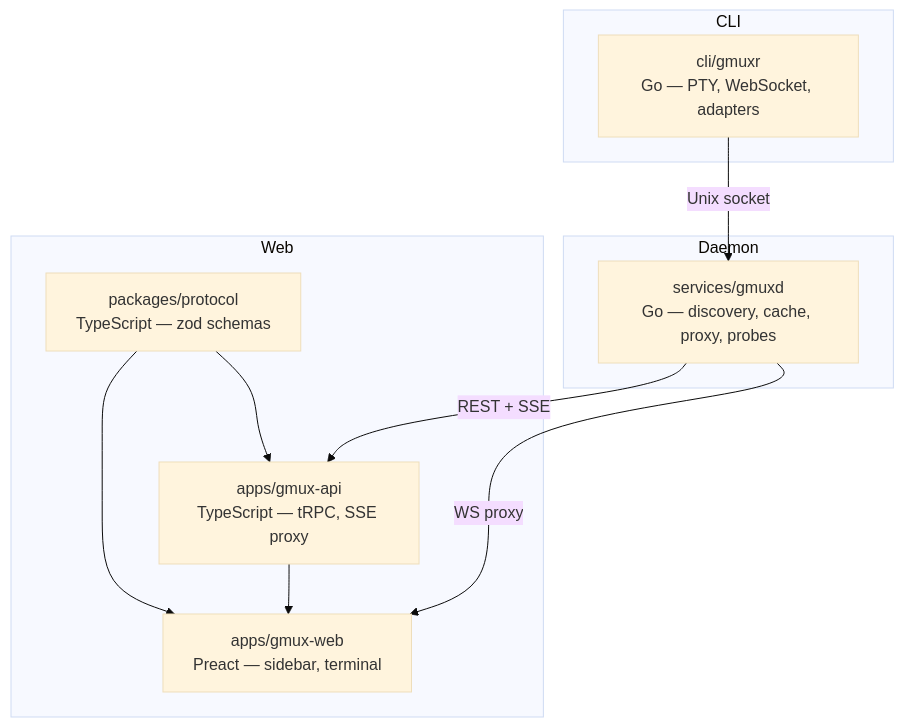
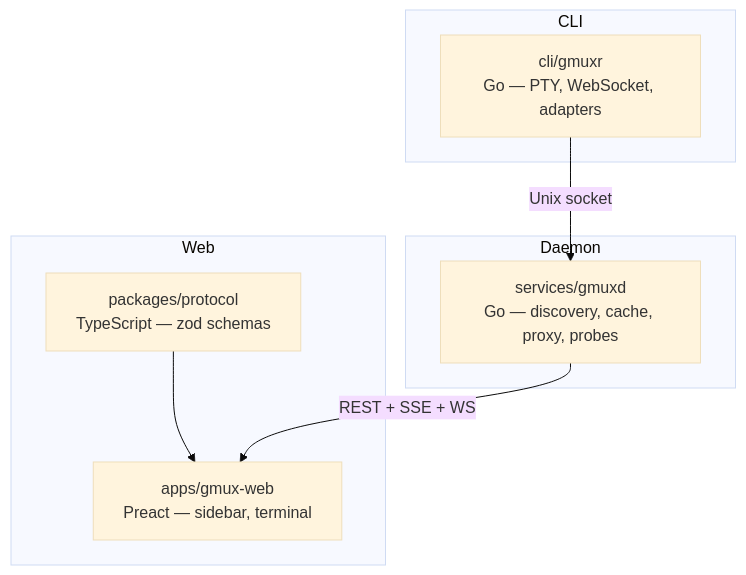
The third of 3 diagrams in README.md (benjaminkitt/gmux), drawn with Mermaid (base theme) before and after one commit. The commit also changed other lines of this file and 21 other files, not shown here.

````diff
--- a/README.md
+++ b/README.md
@@ -163,23 +174,19 @@
 ```mermaid
 graph TB
     subgraph "CLI"
         gmuxr1["cli/gmuxr\nGo — PTY, WebSocket, adapters"]
     end
 
     subgraph "Daemon"
         gmuxd1["services/gmuxd\nGo — discovery, cache, proxy, probes"]
     end
 
     subgraph "Web"
-        api["apps/gmux-api\nTypeScript — tRPC, SSE proxy"]
         web["apps/gmux-web\nPreact — sidebar, terminal"]
         proto["packages/protocol\nTypeScript — zod schemas"]
-        proto --> api
         proto --> web
-        api --> web
     end
 
     gmuxr1 -- "Unix socket" --> gmuxd1
-    gmuxd1 -- "REST + SSE" --> api
-    gmuxd1 -- "WS proxy" --> web
+    gmuxd1 -- "REST + SSE + WS" --> web
 ```
````
